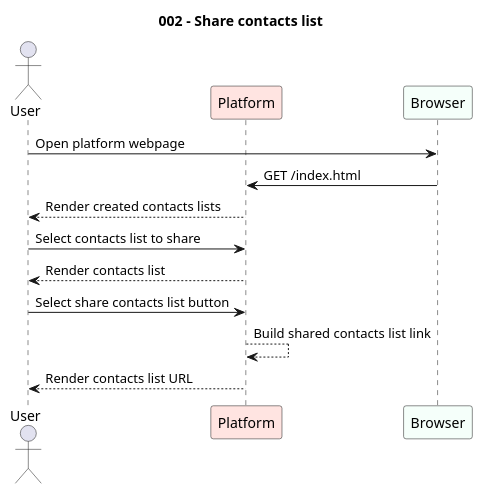
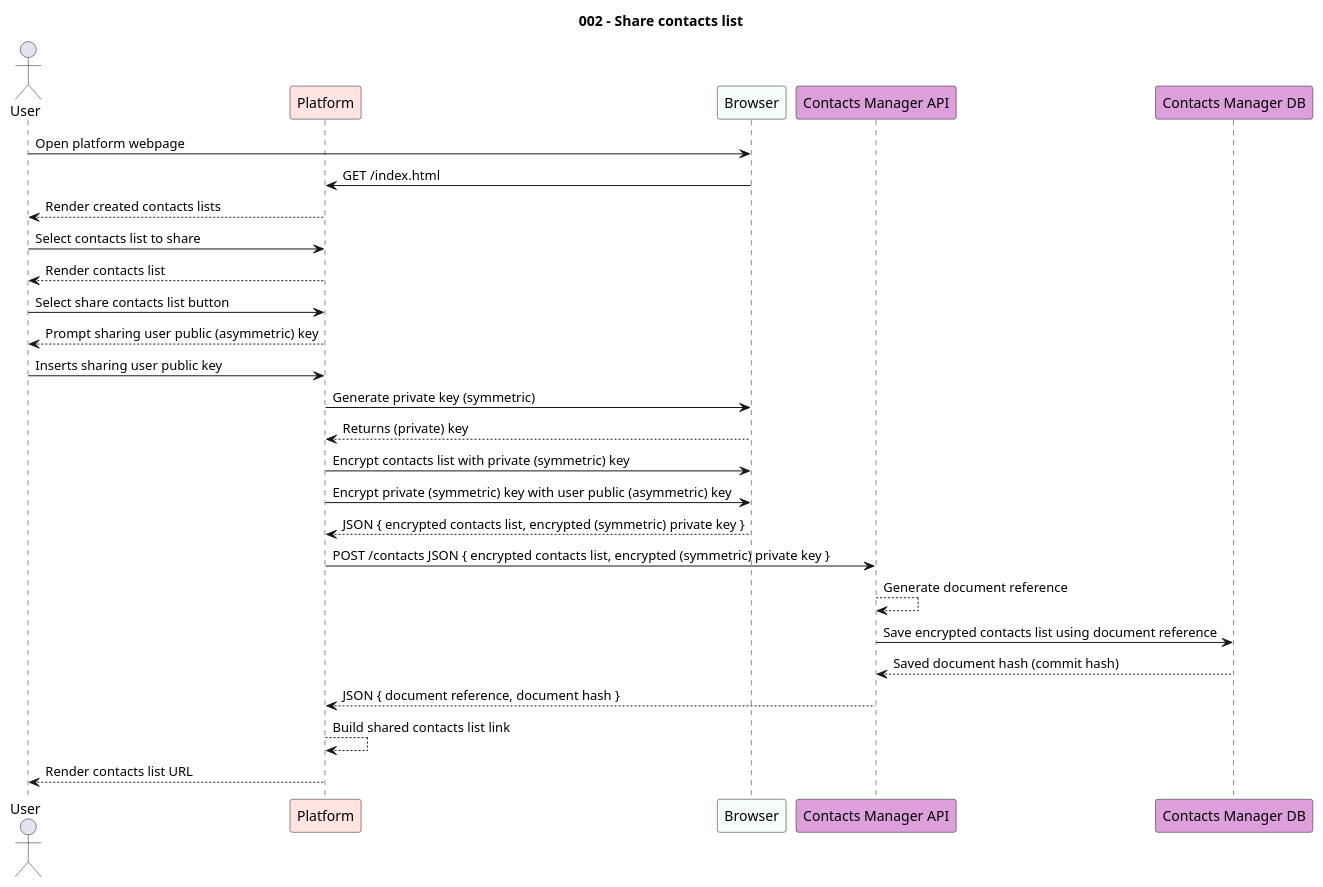
Before and after one commit to paginas-secretas/docs: the diagram in src/usecases/puml/002-share-contacts-list.puml, drawn with PlantUML. The commit also changed 9 other files, not shown here.

```diff
--- a/src/usecases/puml/002-share-contacts-list.puml
+++ b/src/usecases/puml/002-share-contacts-list.puml
@@ -1,20 +1,38 @@
 @startuml 002-share-contacts-list
 
 title "002 - Share contacts list"
 
 actor User
 participant "Platform" as PL #MistyRose
 participant Browser #MintCream
+participant "Contacts Manager API" as CNT #Plum
+participant "Contacts Manager DB" as CNT_DB #Plum
 
 User -> Browser : Open platform webpage
 Browser -> PL : GET /index.html
 PL --> User: Render created contacts lists
 
 User -> PL: Select contacts list to share
 PL --> User: Render contacts list
 
 User -> PL: Select share contacts list button
+PL --> User: Prompt sharing user public (asymmetric) key
+User -> PL: Inserts sharing user public key
+
+PL -> Browser: Generate private key (symmetric)
+Browser --> PL: Returns (private) key
+
+PL -> Browser: Encrypt contacts list with private (symmetric) key
+PL -> Browser: Encrypt private (symmetric) key with user public (asymmetric) key
+Browser --> PL: JSON { encrypted contacts list, encrypted (symmetric) private key }
+
+PL -> CNT: POST /contacts JSON { encrypted contacts list, encrypted (symmetric) private key }
+CNT --> CNT: Generate document reference
+CNT -> CNT_DB: Save encrypted contacts list using document reference
+CNT_DB --> CNT: Saved document hash (commit hash)
+CNT --> PL: JSON { document reference, document hash }
+
 PL --> PL: Build shared contacts list link
 PL --> User: Render contacts list URL
 
 @enduml
```
